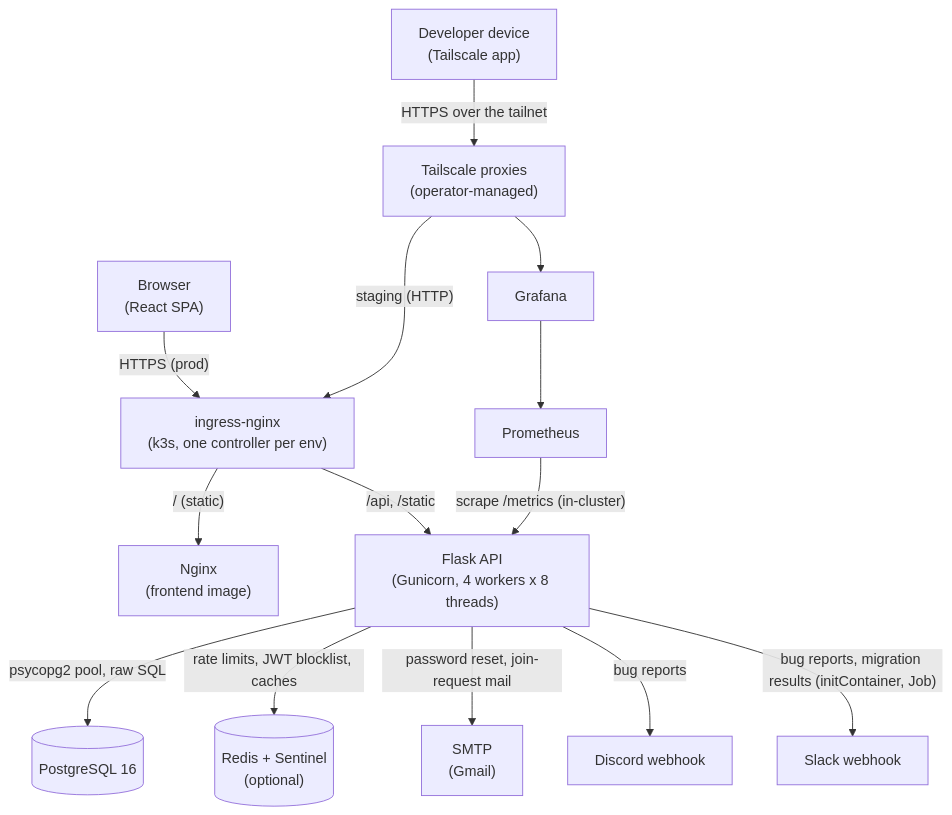
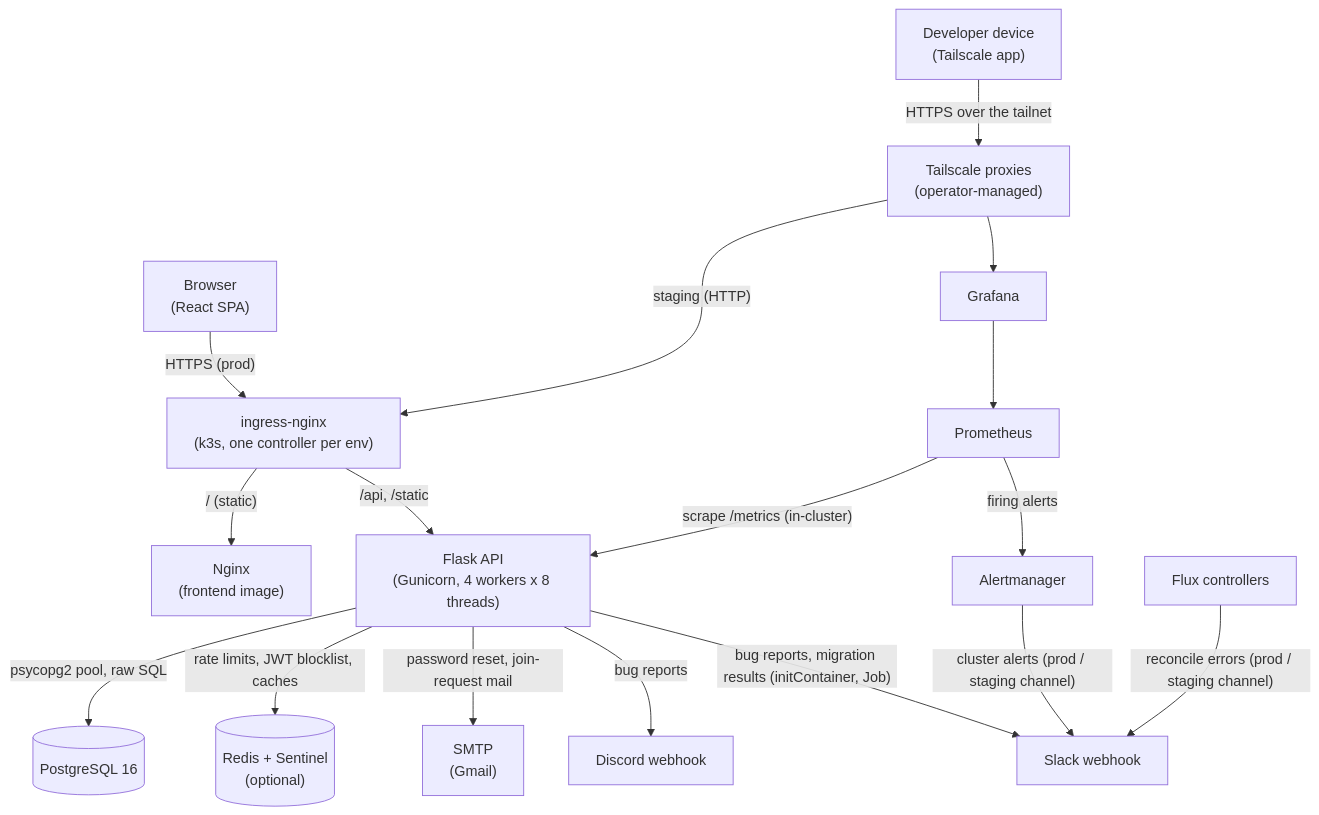
One commit to fss-fmi/fmi-codes-website-2026 changed the first of 2 diagrams in docs/architecture.md. Above: the diagram before and after it, drawn with Mermaid. The commit also changed other lines of this file and 16 other files, not shown here.

First line of the commit message:
infra: post in-cluster failures to prod and staging Slack channels (#170)

````diff
--- a/docs/architecture.md
+++ b/docs/architecture.md
@@ -9,30 +9,35 @@
 ```mermaid
 graph TD
     Browser["Browser<br/>(React SPA)"]
     Nginx["Nginx<br/>(frontend image)"]
     Ingress["ingress-nginx<br/>(k3s, one controller per env)"]
     API["Flask API<br/>(Gunicorn, 4 workers x 8 threads)"]
     PG[("PostgreSQL 16")]
     Redis[("Redis + Sentinel<br/>(optional)")]
     SMTP["SMTP<br/>(Gmail)"]
     Discord["Discord webhook"]
     Slack["Slack webhook"]
     Prom["Prometheus"]
+    AM["Alertmanager"]
+    Flux["Flux controllers"]
     Grafana["Grafana"]
     TS["Tailscale proxies<br/>(operator-managed)"]
     Dev["Developer device<br/>(Tailscale app)"]
 
     Browser -->|"HTTPS (prod)"| Ingress
     Ingress -->|"/ (static)"| Nginx
     Ingress -->|"/api, /static"| API
     API -->|psycopg2 pool, raw SQL| PG
     API -->|rate limits, JWT blocklist, caches| Redis
     API -->|password reset, join-request mail| SMTP
     API -->|bug reports| Discord
     API -->|"bug reports, migration results (initContainer, Job)"| Slack
     Prom -->|"scrape /metrics (in-cluster)"| API
+    Prom -->|firing alerts| AM
+    AM -->|"cluster alerts (prod / staging channel)"| Slack
+    Flux -->|"reconcile errors (prod / staging channel)"| Slack
     Dev -->|"HTTPS over the tailnet"| TS
     TS --> Grafana
     TS -->|"staging (HTTP)"| Ingress
     Grafana --> Prom
 ```
````
